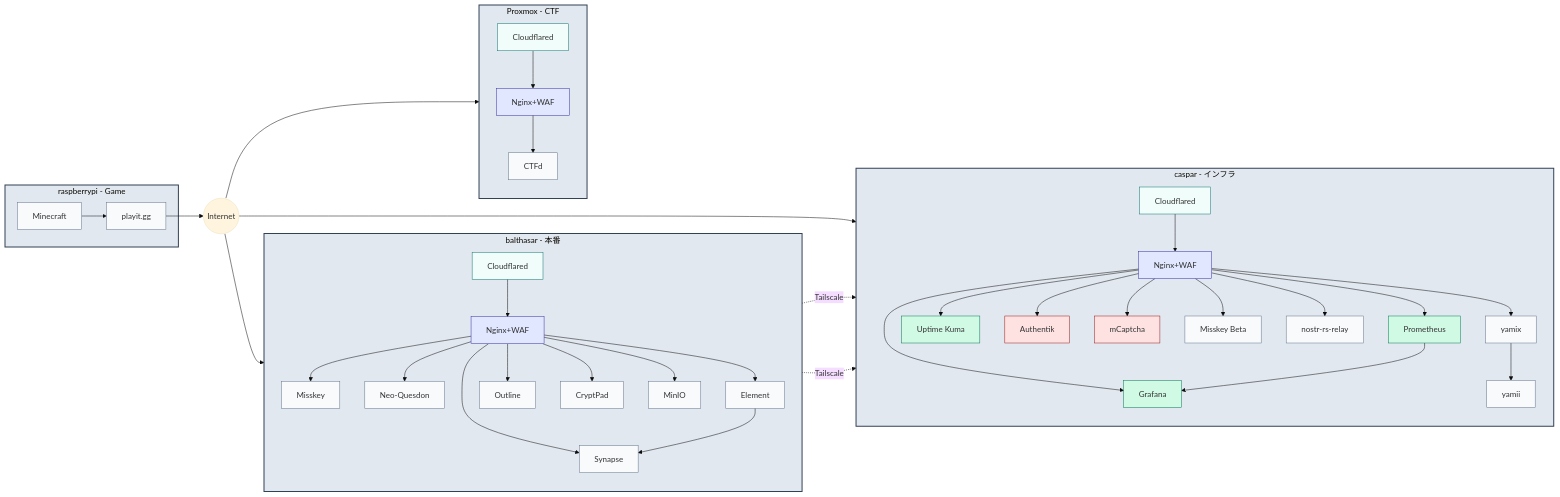
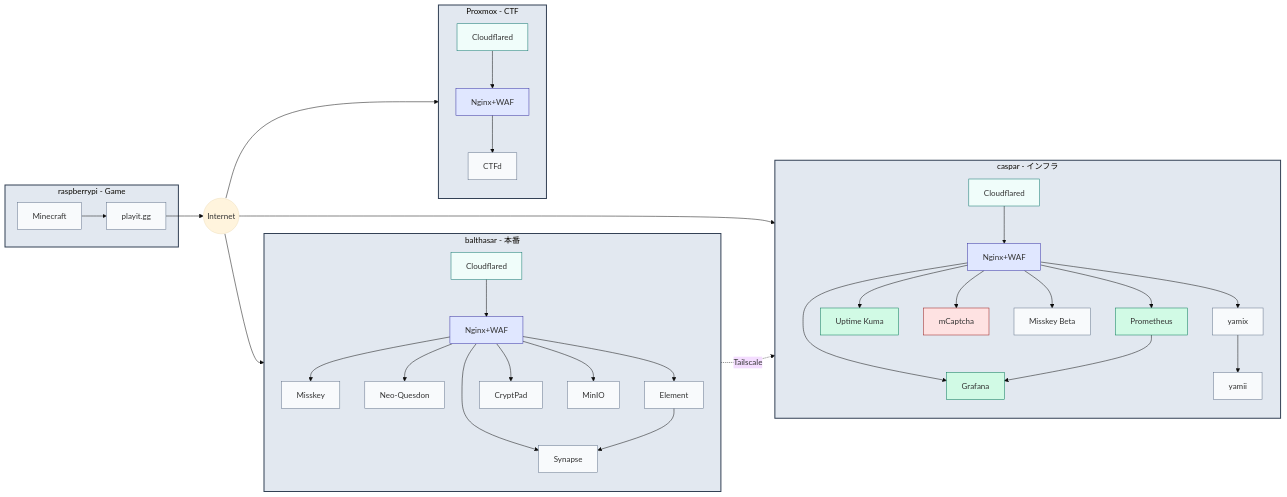
One commit to yamisskey-dev/yamisskey-host changed the first of 5 diagrams in README.md. Above: the diagram before and after it, drawn with Mermaid (base theme).

Commit message:
Remove Outline, Authentik, and Nostr from service architecture
運用コスト削減のためサービス終了したOutline, Authentik, nostr-rs-relayを図から削除

````diff
--- a/README.md
+++ b/README.md
@@ -5,59 +5,55 @@
 ```mermaid
 graph LR
     classDef server fill:#e2e8f0,stroke:#334155,stroke-width:2px
     classDef cf fill:#f0fdfa,stroke:#0f766e
     classDef proxy fill:#e0e7ff,stroke:#3730a3
     classDef sec fill:#fee2e2,stroke:#991b1b
     classDef mon fill:#d1fae5,stroke:#047857
     classDef svc fill:#f8fafc,stroke:#64748b
 
     internet((Internet))
 
     subgraph balthasar[balthasar - 本番]
         direction TB
         cf_b[Cloudflared]:::cf --> nginx_b[Nginx+WAF]:::proxy
 
         nginx_b --> misskey[Misskey]:::svc
         nginx_b --> neoquesdon[Neo-Quesdon]:::svc
         nginx_b --> synapse[Synapse]:::svc
         nginx_b --> element[Element]:::svc
-        nginx_b --> outline[Outline]:::svc
         nginx_b --> cryptpad[CryptPad]:::svc
         nginx_b --> minio[MinIO]:::svc
     end
 
     subgraph caspar[caspar - インフラ]
         direction TB
         cf_c[Cloudflared]:::cf --> nginx_c[Nginx+WAF]:::proxy
 
         nginx_c --> prometheus[Prometheus]:::mon
         nginx_c --> grafana[Grafana]:::mon
         nginx_c --> uptime[Uptime Kuma]:::mon
-        nginx_c --> authentik[Authentik]:::sec
         nginx_c --> mcaptcha[mCaptcha]:::sec
         nginx_c --> misskey_beta[Misskey Beta]:::svc
-        nginx_c --> nostr[nostr-rs-relay]:::svc
         nginx_c --> yamix[yamix]:::svc
         yamix --> yamii[yamii]:::svc
     end
 
     subgraph rpi[raspberrypi - Game]
         minecraft[Minecraft]:::svc --> playig[playit.gg]:::svc
     end
 
     subgraph proxmox[Proxmox - CTF]
         direction TB
         cf_p[Cloudflared]:::cf --> nginx_p[Nginx+WAF]:::proxy
         nginx_p --> ctfd[CTFd]:::svc
     end
 
     internet --> cf_b & cf_c & cf_p
     playig --> internet
 
     misskey -.->|Tailscale| mcaptcha
-    outline -.->|Tailscale| authentik
     element --> synapse
     prometheus --> grafana
 
     class balthasar,caspar,rpi,proxmox server
 ```
````
